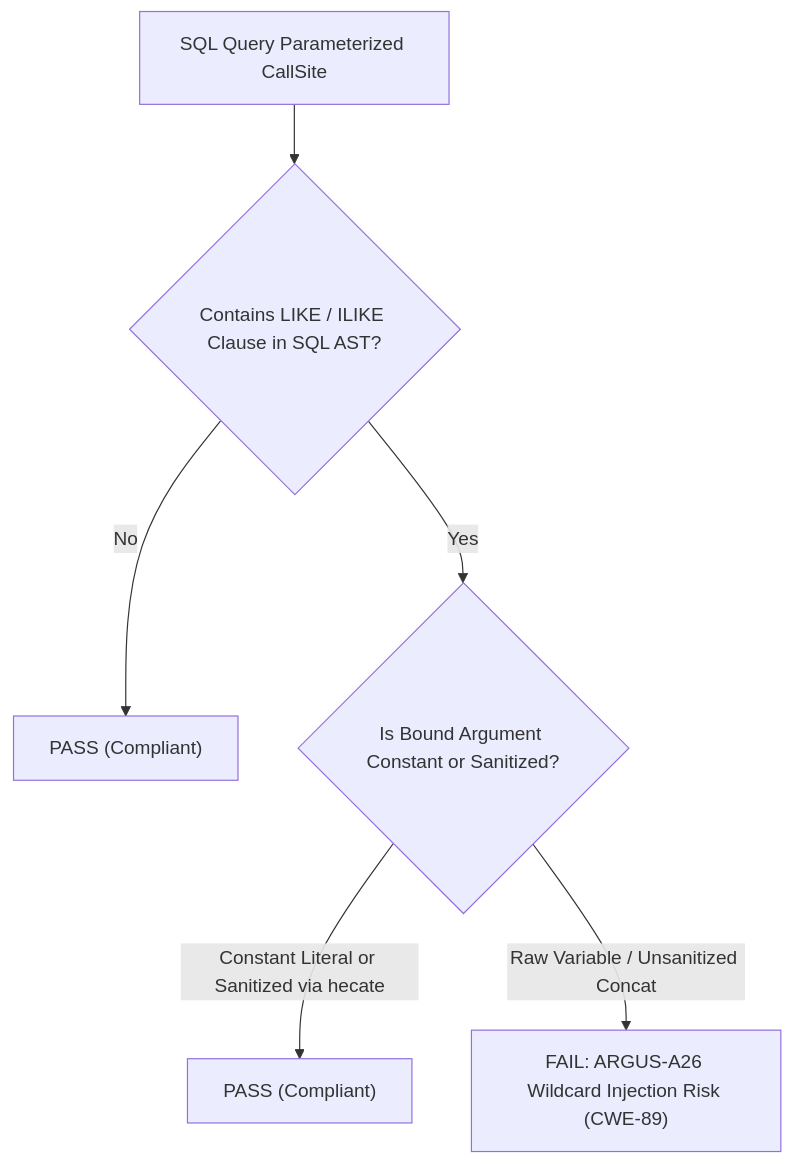
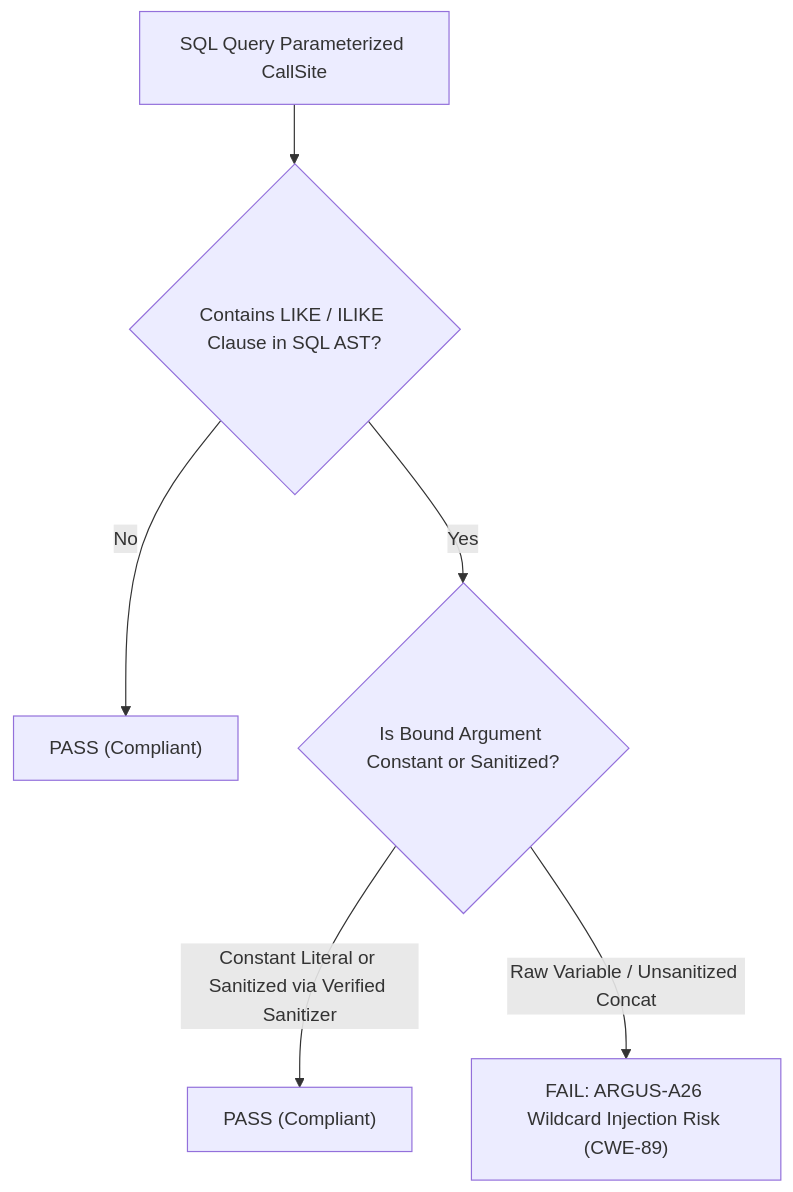
The diagram in wiki/ARGUS-A26.md (will2469/argus), drawn with Mermaid before and after one commit. The commit also changed other lines of this file and 6 other files, not shown here.

````diff
--- a/wiki/ARGUS-A26.md
+++ b/wiki/ARGUS-A26.md
@@ -74,8 +74,8 @@
 ```mermaid
 flowchart TD
     A["SQL Query Parameterized CallSite"] --> B{"Contains LIKE / ILIKE Clause in SQL AST?"}
     B -- "No" --> C["PASS (Compliant)"]
     B -- "Yes" --> D{"Is Bound Argument Constant or Sanitized?"}
-    D -- "Constant Literal or Sanitized via hecate" --> E["PASS (Compliant)"]
+    D -- "Constant Literal or Sanitized via Verified Sanitizer" --> E["PASS (Compliant)"]
     D -- "Raw Variable / Unsanitized Concat" --> F["FAIL: ARGUS-A26 Wildcard Injection Risk (CWE-89)"]
 ```
````
